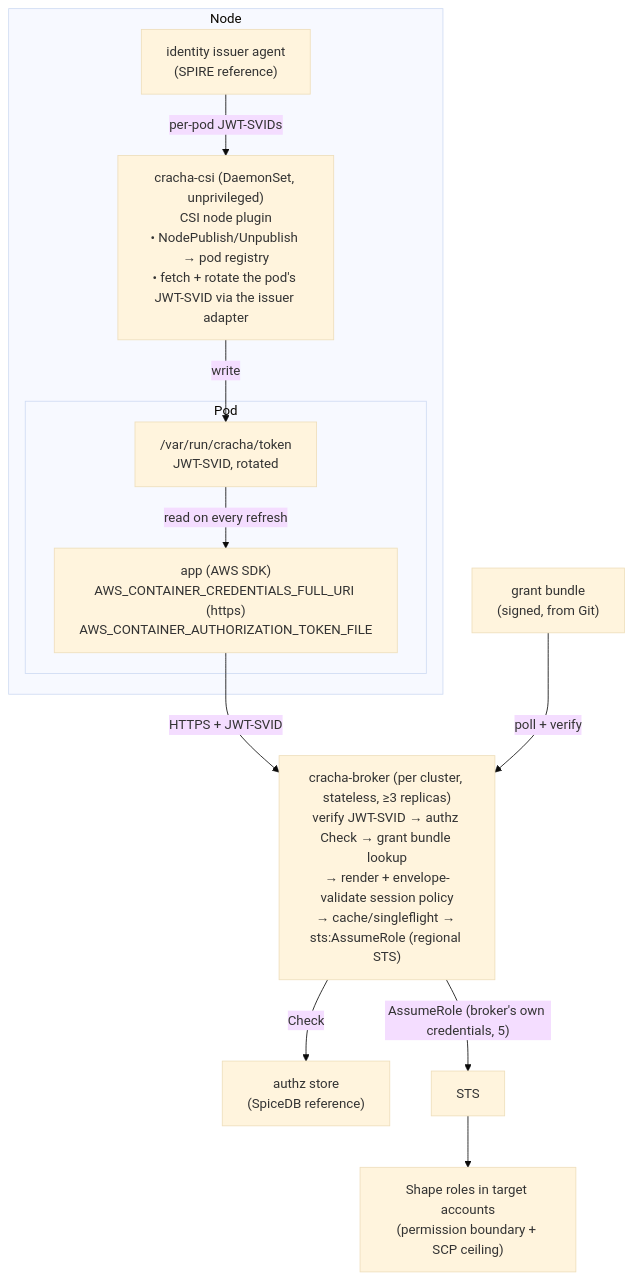
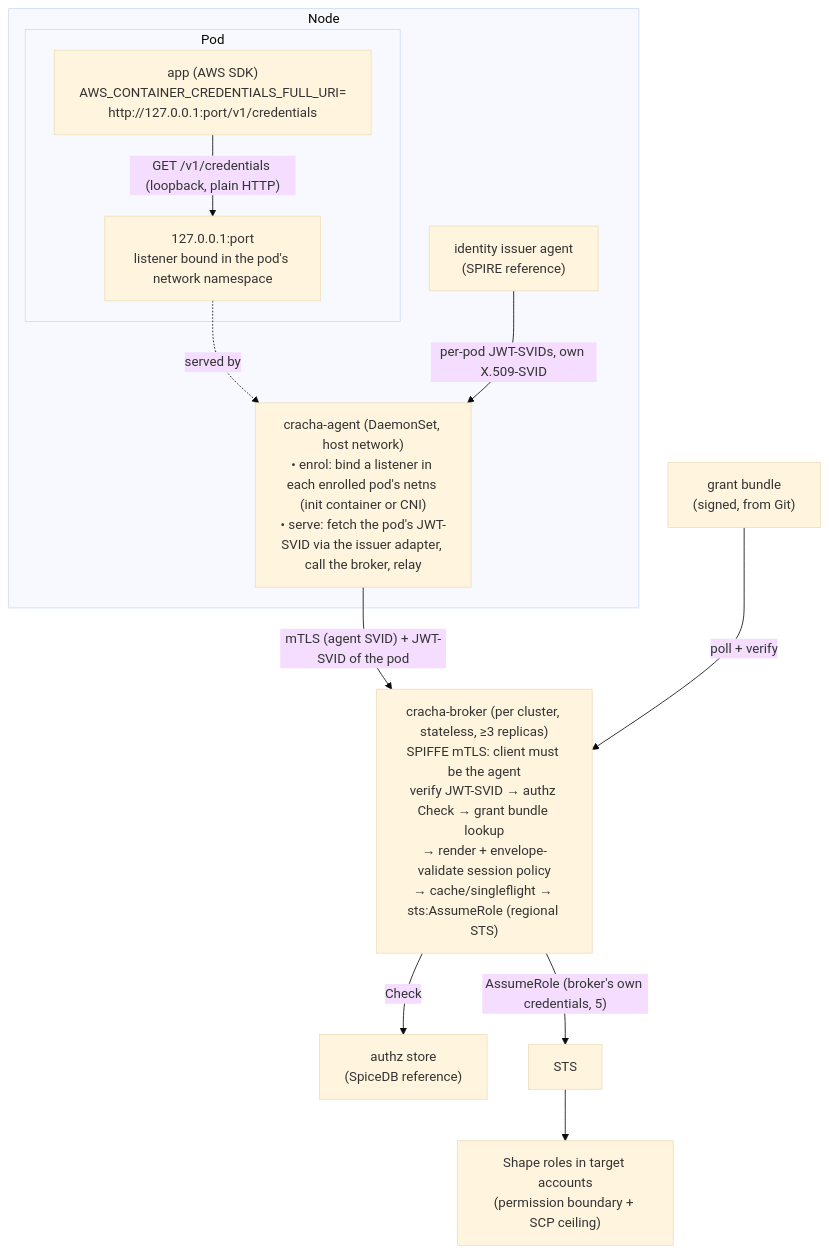
Before and after one commit to bpalermo/cracha: the first of 2 diagrams in docs/design.md, drawn with Mermaid (base theme). The commit also changed other lines of this file and 1 other file, not shown here.

First line of the commit message:
design: deliver credentials over loopback from a node agent (#32)

````diff
--- a/docs/design.md
+++ b/docs/design.md
@@ -40,24 +41,24 @@
 ```mermaid
 flowchart TB
     subgraph k8snode["Node"]
         subgraph pod["Pod"]
-            app["app (AWS SDK)<br/>AWS_CONTAINER_CREDENTIALS_FULL_URI (https)<br/>AWS_CONTAINER_AUTHORIZATION_TOKEN_FILE"]
-            files["/var/run/cracha/token<br/>JWT-SVID, rotated"]
-            files -->|read on every refresh| app
+            app["app (AWS SDK)<br/>AWS_CONTAINER_CREDENTIALS_FULL_URI=<br/>http://127.0.0.1:port/v1/credentials"]
+            lo["127.0.0.1:port<br/>listener bound in the pod's network namespace"]
+            app -->|"GET /v1/credentials (loopback, plain HTTP)"| lo
         end
-        agent["cracha-csi (DaemonSet, unprivileged)<br/>CSI node plugin<br/>• NodePublish/Unpublish → pod registry<br/>• fetch + rotate the pod's JWT-SVID via the issuer adapter"]
+        agent["cracha-agent (DaemonSet, host network)<br/>• enrol: bind a listener in each enrolled pod's netns (init container or CNI)<br/>• serve: fetch the pod's JWT-SVID via the issuer adapter, call the broker, relay"]
         issuer["identity issuer agent<br/>(SPIRE reference)"]
-        issuer -->|"per-pod JWT-SVIDs"| agent
-        agent -->|write| files
+        lo -.->|"served by"| agent
+        issuer -->|"per-pod JWT-SVIDs, own X.509-SVID"| agent
     end
-    broker["cracha-broker (per cluster, stateless, ≥3 replicas)<br/>verify JWT-SVID → authz Check → grant bundle lookup<br/>→ render + envelope-validate session policy<br/>→ cache/singleflight → sts:AssumeRole (regional STS)"]
+    broker["cracha-broker (per cluster, stateless, ≥3 replicas)<br/>SPIFFE mTLS: client must be the agent<br/>verify JWT-SVID → authz Check → grant bundle lookup<br/>→ render + envelope-validate session policy<br/>→ cache/singleflight → sts:AssumeRole (regional STS)"]
     authz["authz store<br/>(SpiceDB reference)"]
     bundle["grant bundle<br/>(signed, from Git)"]
     sts["STS"]
     shapes["Shape roles in target accounts<br/>(permission boundary + SCP ceiling)"]
-    app -->|"HTTPS + JWT-SVID"| broker
+    agent -->|"mTLS (agent SVID) + JWT-SVID of the pod"| broker
     broker -->|Check| authz
     bundle -->|poll + verify| broker
     broker -->|"AssumeRole (broker's own credentials, 5)"| sts
     sts --> shapes
 ```
````
